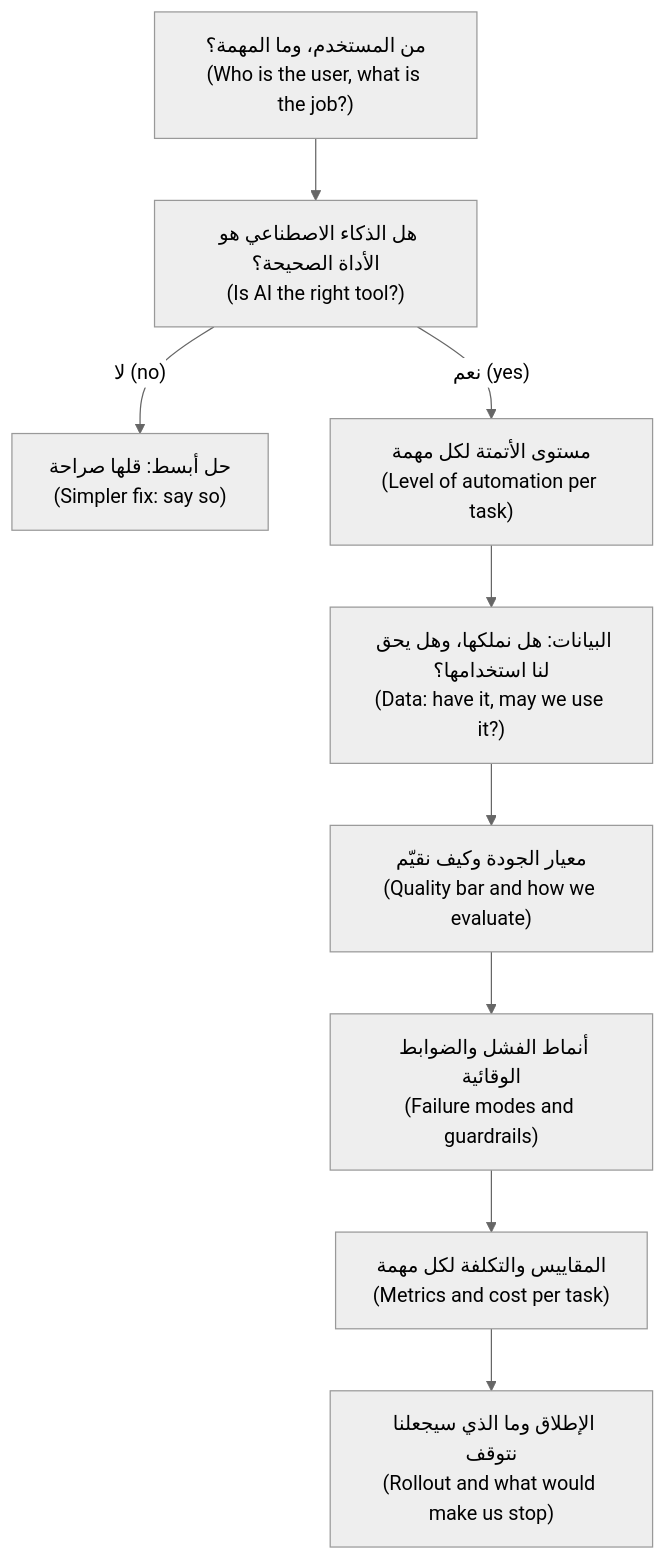
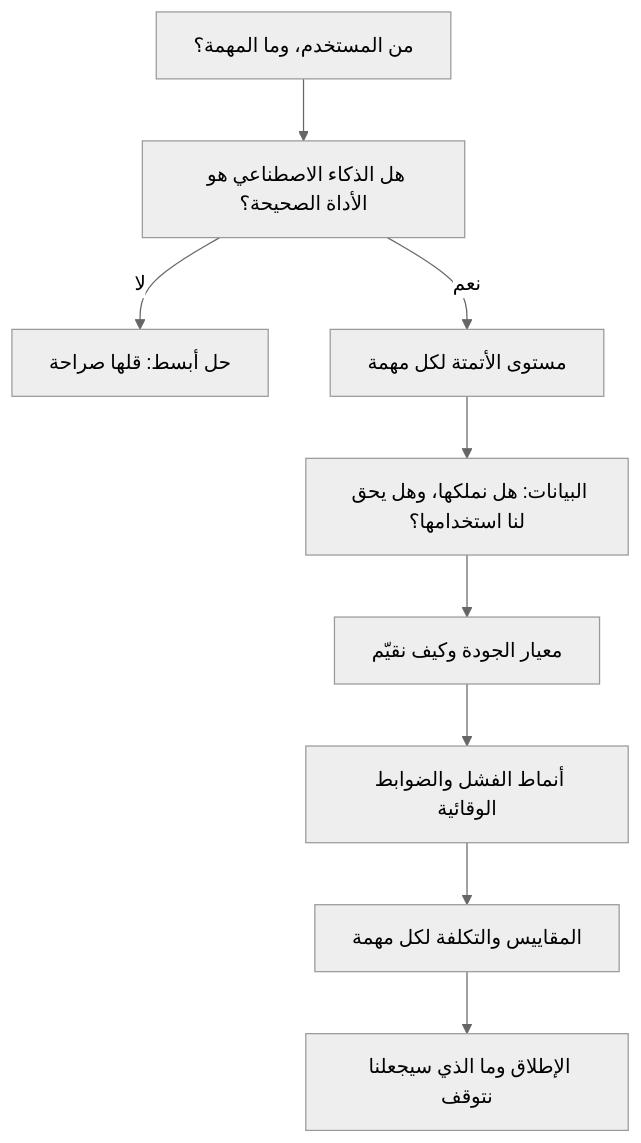
Before and after one commit to Tamoura/system-design-for-vibe-coders: the second of 2 diagrams in aipm/modules/10-capstone.ar.md, drawn with Mermaid (neutral theme). The commit also changed other lines of this file and 551 other files, not shown here.

````diff
--- a/aipm/modules/10-capstone.ar.md
+++ b/aipm/modules/10-capstone.ar.md
@@ -280,11 +302,11 @@
 ```mermaid
 flowchart TD
-  A["من المستخدم، وما المهمة؟<br/>(Who is the user, what is the job?)"] --> B["هل الذكاء الاصطناعي هو الأداة الصحيحة؟<br/>(Is AI the right tool?)"]
-  B -->|"لا (no)"| X["حل أبسط: قلها صراحة<br/>(Simpler fix: say so)"]
-  B -->|"نعم (yes)"| C["مستوى الأتمتة لكل مهمة<br/>(Level of automation per task)"]
-  C --> D["البيانات: هل نملكها، وهل يحق لنا استخدامها؟<br/>(Data: have it, may we use it?)"]
-  D --> E["معيار الجودة وكيف نقيّم<br/>(Quality bar and how we evaluate)"]
-  E --> F["أنماط الفشل والضوابط الوقائية<br/>(Failure modes and guardrails)"]
-  F --> G["المقاييس والتكلفة لكل مهمة<br/>(Metrics and cost per task)"]
-  G --> H["الإطلاق وما الذي سيجعلنا نتوقف<br/>(Rollout and what would make us stop)"]
+  A["من المستخدم، وما المهمة؟"] --> B["هل الذكاء الاصطناعي هو الأداة الصحيحة؟"]
+  B -->|"لا"| X["حل أبسط: قلها صراحة"]
+  B -->|"نعم"| C["مستوى الأتمتة لكل مهمة"]
+  C --> D["البيانات: هل نملكها، وهل يحق لنا استخدامها؟"]
+  D --> E["معيار الجودة وكيف نقيّم"]
+  E --> F["أنماط الفشل والضوابط الوقائية"]
+  F --> G["المقاييس والتكلفة لكل مهمة"]
+  G --> H["الإطلاق وما الذي سيجعلنا نتوقف"]
 ```
````
